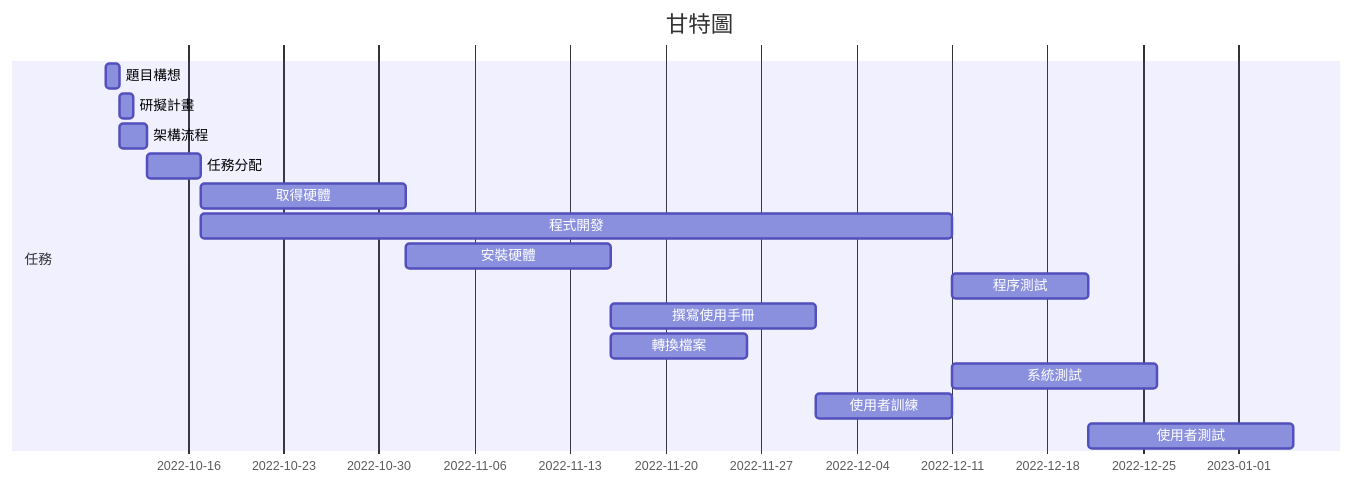
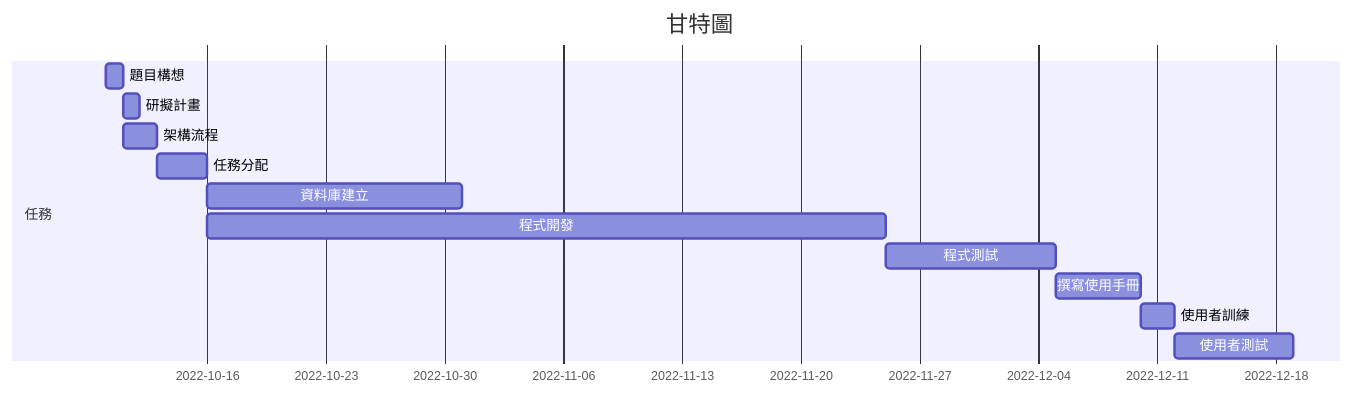
One commit to Forever-Hate/no15 changed the first of 2 diagrams in README.md. Above: the diagram before and after it, drawn with Mermaid. The commit also changed other lines of this file, not shown here.

````diff
--- a/README.md
+++ b/README.md
@@ -32,19 +29,16 @@
 ```mermaid
 gantt
     title 甘特圖
     
     section 任務
     題目構想: a1, 2022-10-10, 1d  
     研擬計畫: a2, after a1, 1d     
     架構流程: a3, after a1, 2d     
-    任務分配: a4, after a3, 4d    
-    取得硬體: a5, after a4, 15d   
-    程式開發: a6, after a4, 55d    
-    安裝硬體: a7, after a5, 15d 
-    程序測試: a8, after a6, 10d     
-    撰寫使用手冊: a9, after a7, 15d    
-    轉換檔案: a10, after a7, 10d     
-    系統測試: a11, after a6, 15d   
-    使用者訓練: a12, after a9, 10d    
-    使用者測試: a13, after a8, 15d
+    任務分配: a4, after a3, 3d    
+    資料庫建立: a5, after a4, 15d   
+    程式開發: a6, after a4, 40d    
+    程式測試: a7, after a6, 10d     
+    撰寫使用手冊: a8, after a7, 5d          
+    使用者訓練: a9, after a8, 2d    
+    使用者測試: a10, after a9, 7d
 ```
````
